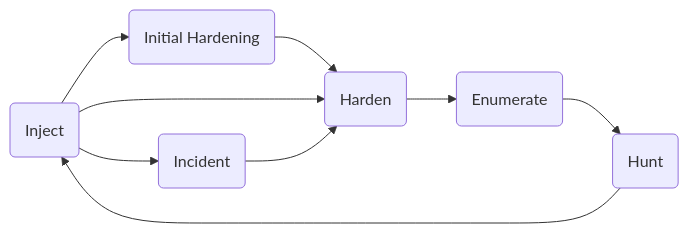
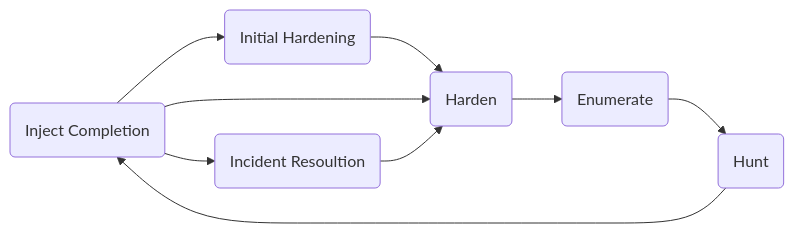
Before and after one commit to xnorkl/cyberdefenseclub: the second of 2 diagrams in playbook/README.md, drawn with Mermaid. The commit also changed other lines of this file, not shown here.

````diff
--- a/playbook/README.md
+++ b/playbook/README.md
@@ -46,13 +46,12 @@
  ```mermaid
 graph LR
 
-A(Inject) --> B(Initial Hardening)
+A(Inject Completion) --> B(Initial Hardening)
 B --> C(Harden)
 C --> D(Enumerate)
 D --> E(Hunt)
 A --> C
 E --> A
-A --> F(Incident)
+A --> F(Incident Resoultion)
 F --> C
-
 ```
````
